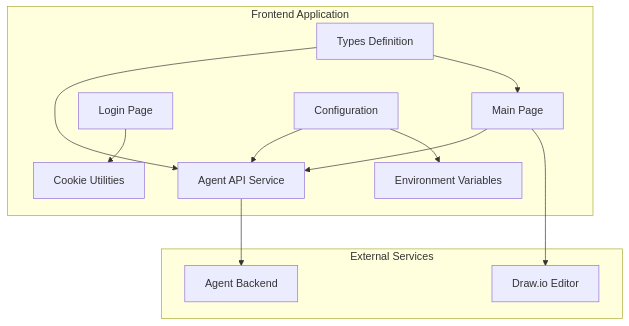
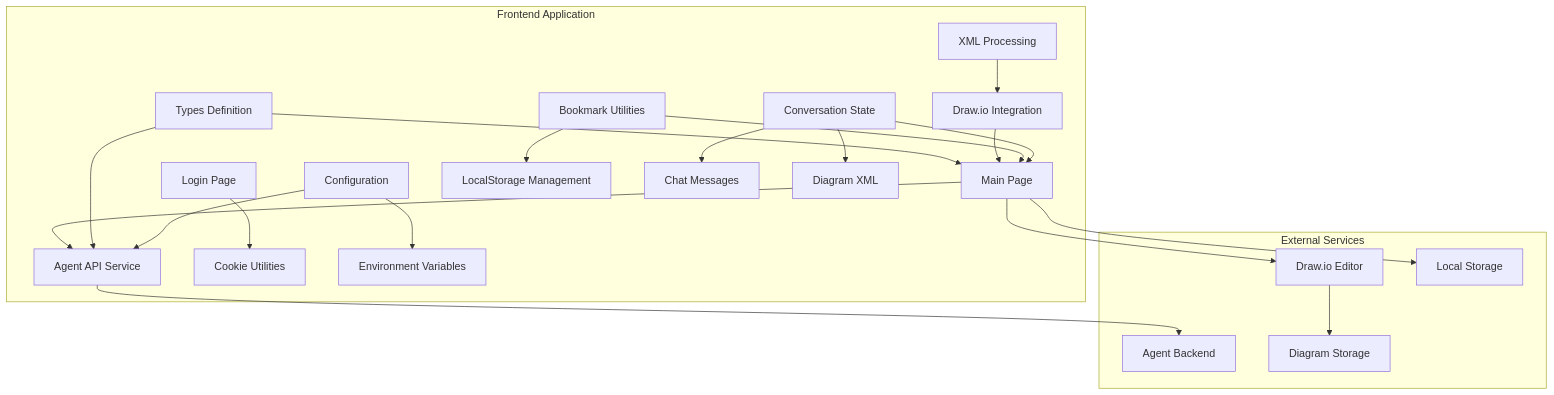
The first of 3 diagrams in .qoder/repowiki/en/content/API Reference.md (shrekboss/agent-draw-io-front), drawn with Mermaid before and after one commit. The commit also changed other lines of this file and 13 other files, not shown here.

Commit message:
feat(agent-draw-io-front): 优化交互式画图

````diff
--- a/.qoder/repowiki/en/content/API Reference.md
+++ b/.qoder/repowiki/en/content/API Reference.md
@@ -38,17 +53,28 @@
 ```mermaid
 graph TB
 subgraph "Frontend Application"
 A[Main Page] --> B[Agent API Service]
 C[Login Page] --> D[Cookie Utilities]
 E[Types Definition] --> B
 E --> A
 F[Configuration] --> B
 F --> G[Environment Variables]
+H[Draw.io Integration] --> A
+I[XML Processing] --> H
+J[Bookmark Utilities] --> A
+J --> K[LocalStorage Management]
+L[Conversation State] --> A
+L --> M[Chat Messages]
+L --> N[Diagram XML]
 end
 subgraph "External Services"
-H[Agent Backend]
-I[Draw.io Editor]
+O[Agent Backend]
+P[Draw.io Editor]
+Q[Diagram Storage]
+R[Local Storage]
 end
-B --> H
-A --> I
+B --> O
+A --> P
+P --> Q
+A --> R
 ```
````
